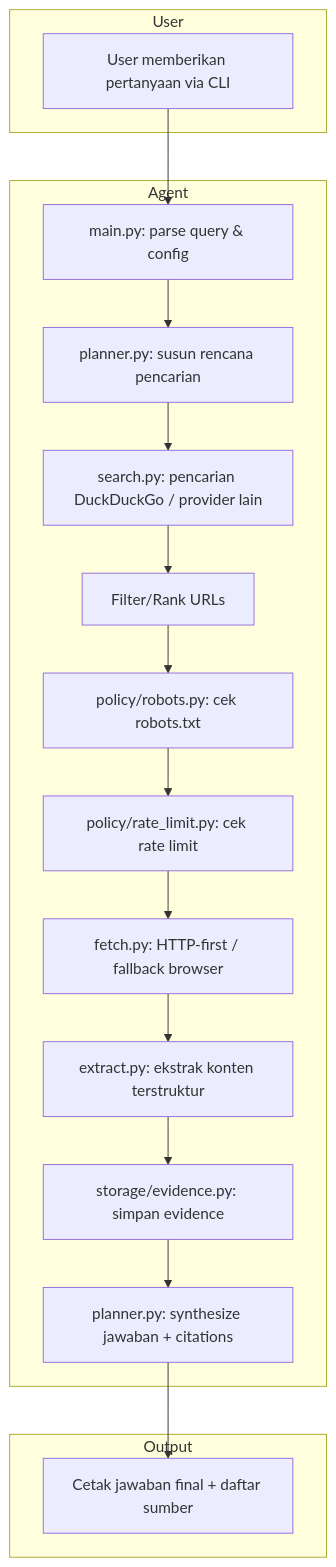
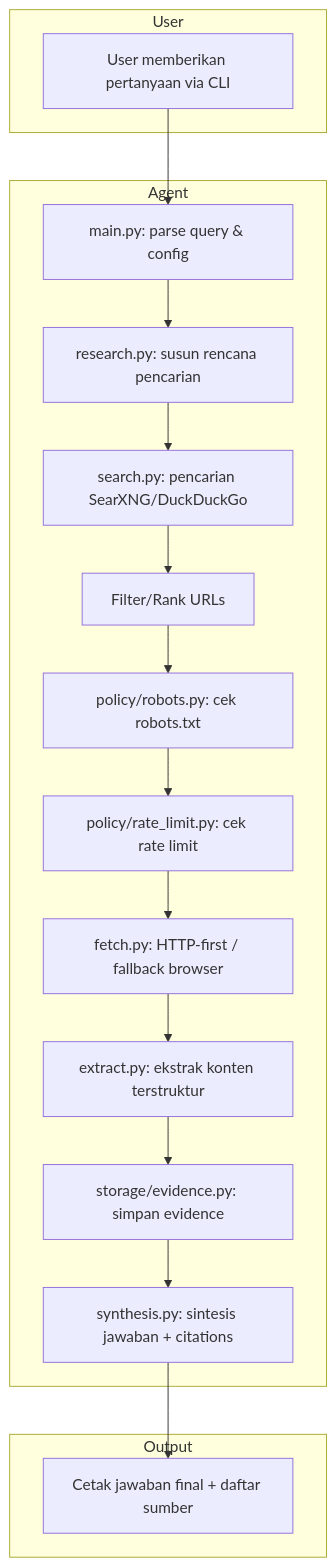
One commit to GigasTaufan/browsing_agent changed the diagram in docs/PRD.md. Above: the diagram before and after it, drawn with Mermaid. The commit also changed other lines of this file and 23 other files, not shown here.

````diff
--- a/docs/PRD.md
+++ b/docs/PRD.md
@@ -183,35 +195,35 @@
 ```mermaid
 flowchart TD
     subgraph User
         A["User memberikan pertanyaan via CLI"]
     end
 
     subgraph Agent
         B["main.py: parse query & config"]
-        C["planner.py: susun rencana pencarian"]
-        D["search.py: pencarian DuckDuckGo / provider lain"]
+        C["research.py: susun rencana pencarian"]
+        D["search.py: pencarian SearXNG/DuckDuckGo"]
         E["Filter/Rank URLs"]
         F["policy/robots.py: cek robots.txt"]
         G["policy/rate_limit.py: cek rate limit"]
         H["fetch.py: HTTP-first / fallback browser"]
         I["extract.py: ekstrak konten terstruktur"]
         J["storage/evidence.py: simpan evidence"]
-        K["planner.py: synthesize jawaban + citations"]
+        K["synthesis.py: sintesis jawaban + citations"]
     end
 
     subgraph Output
         L["Cetak jawaban final + daftar sumber"]
     end
 
     A --> B
     B --> C
     C --> D
     D --> E
     E --> F
     F --> G
     G --> H
     H --> I
     I --> J
     J --> K
     K --> L
 ```
````
